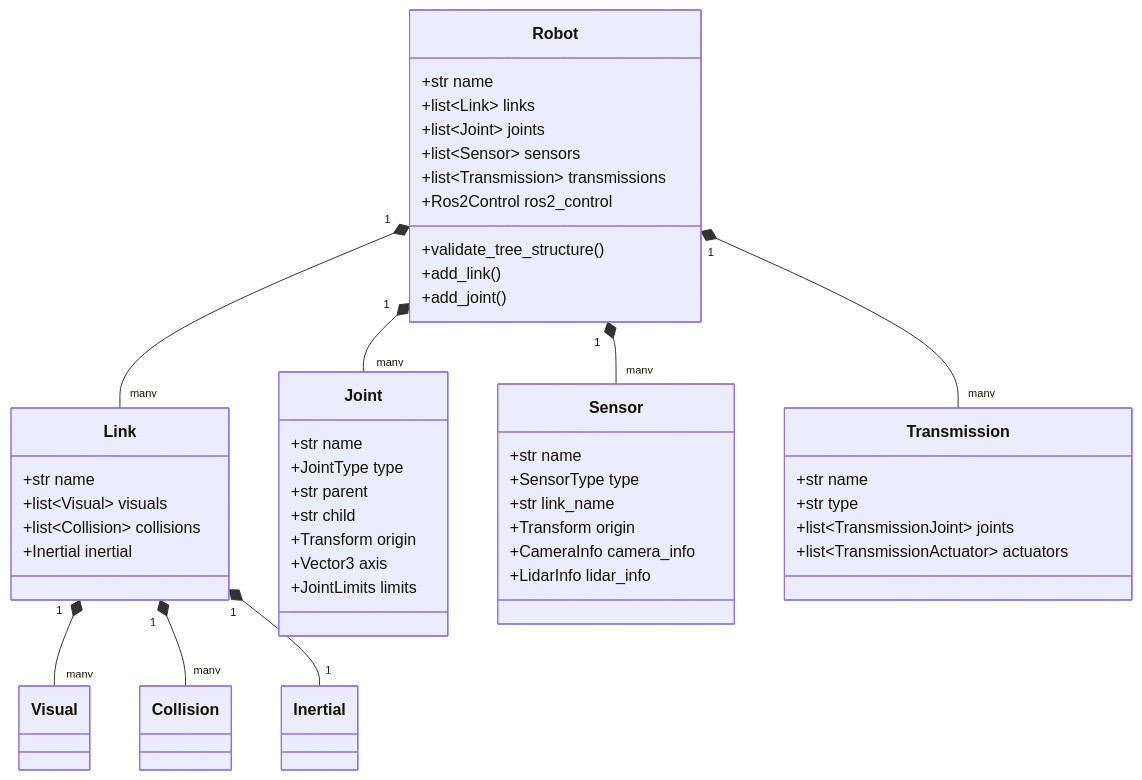
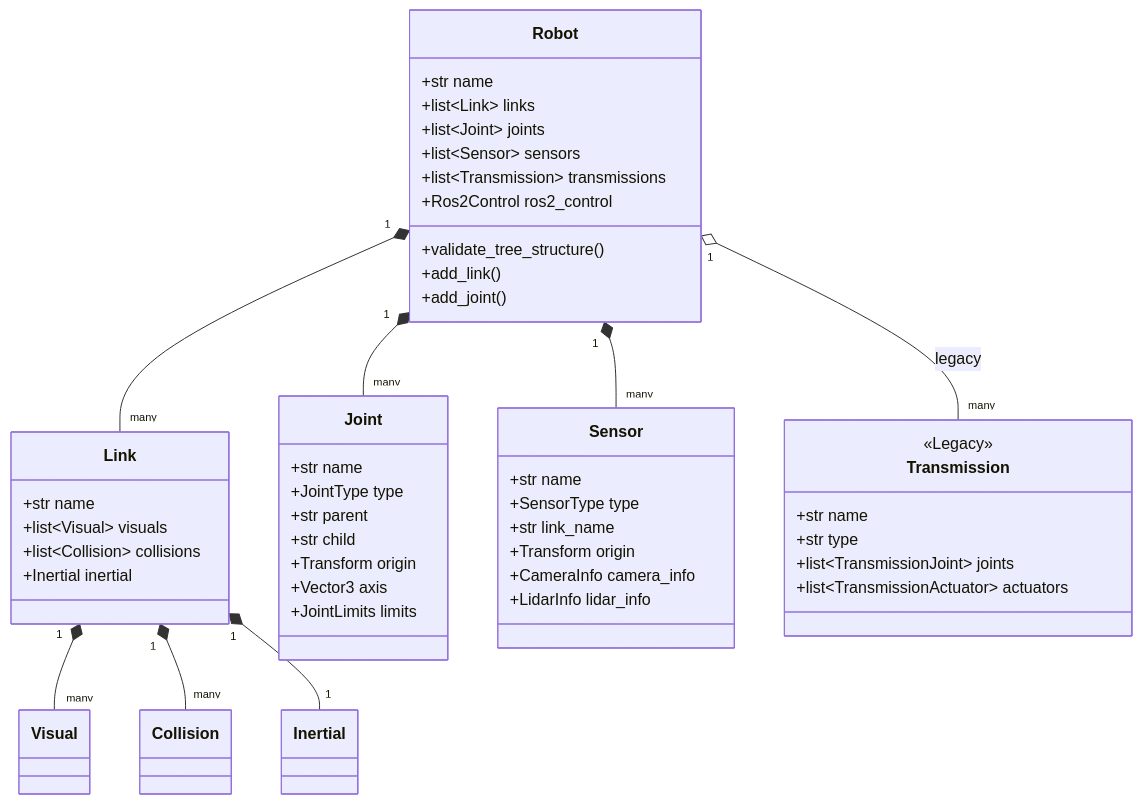
One commit to arounamounchili/linkforge changed the sixth of 8 diagrams in ARCHITECTURE.md. Above: the diagram before and after it, drawn with Mermaid. The commit also changed other lines of this file and 6 other files, not shown here.

````diff
--- a/ARCHITECTURE.md
+++ b/ARCHITECTURE.md
@@ -202,55 +202,56 @@
 ```mermaid
 classDiagram
     class Robot {
         +str name
         +list~Link~ links
         +list~Joint~ joints
         +list~Sensor~ sensors
         +list~Transmission~ transmissions
         +Ros2Control ros2_control
         +validate_tree_structure()
         +add_link()
         +add_joint()
     }
 
     class Link {
         +str name
         +list~Visual~ visuals
         +list~Collision~ collisions
         +Inertial inertial
     }
 
     class Joint {
         +str name
         +JointType type
         +str parent
         +str child
         +Transform origin
         +Vector3 axis
         +JointLimits limits
     }
 
     class Sensor {
         +str name
         +SensorType type
         +str link_name
         +Transform origin
         +CameraInfo camera_info
         +LidarInfo lidar_info
     }
 
     class Transmission {
+        <<Legacy>>
         +str name
         +str type
         +list~TransmissionJoint~ joints
         +list~TransmissionActuator~ actuators
     }
 
     Robot "1" *-- "many" Link
     Robot "1" *-- "many" Joint
     Robot "1" *-- "many" Sensor
-    Robot "1" *-- "many" Transmission
+    Robot "1" o-- "many" Transmission : legacy
     Link "1" *-- "many" Visual
     Link "1" *-- "many" Collision
     Link "1" *-- "1" Inertial
 ```
````
